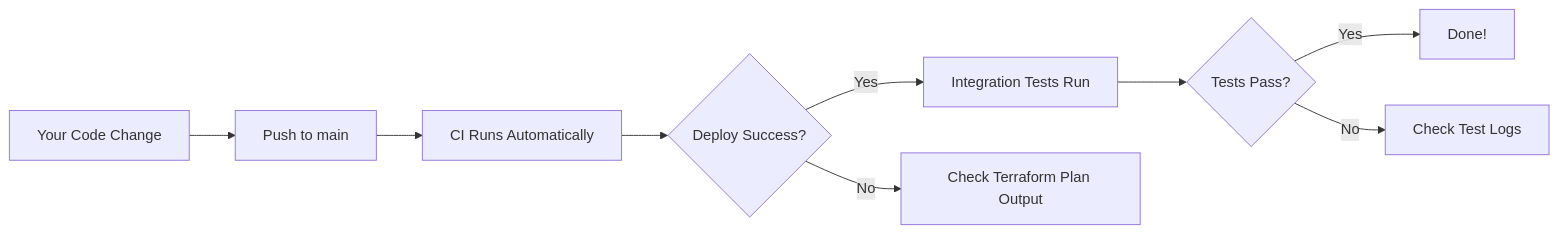
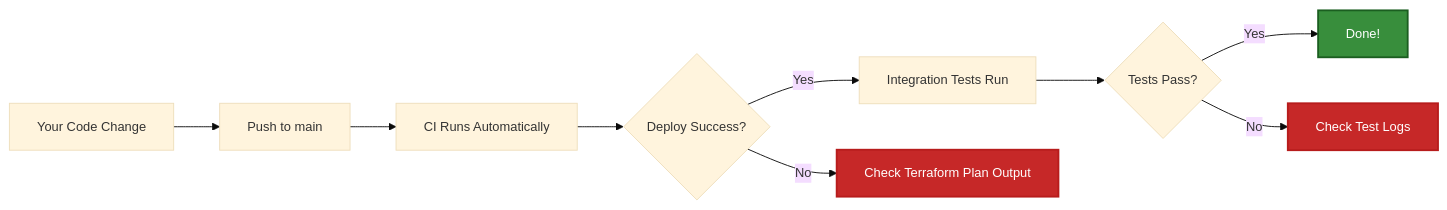
The fourth of 9 diagrams in docs/TERRAFORM_DEPLOYMENT_FLOW.md (traylorre/sentiment-analyzer-gsk), drawn with Mermaid before and after one commit. The commit also changed other lines of this file and 1 other file, not shown here.

First line of the commit message:
docs: Improve mermaid diagram accessibility and color contrast

````diff
--- a/docs/TERRAFORM_DEPLOYMENT_FLOW.md
+++ b/docs/TERRAFORM_DEPLOYMENT_FLOW.md
@@ -133,11 +153,18 @@
 ```mermaid
+%%{init: {'theme':'base', 'themeVariables': {'fontSize':'14px'}}}%%
 flowchart LR
     A[Your Code Change] --> B[Push to main]
     B --> C[CI Runs Automatically]
     C --> D{Deploy Success?}
     D -->|Yes| E[Integration Tests Run]
     D -->|No| F[Check Terraform Plan Output]
     E --> G{Tests Pass?}
     G -->|Yes| H[Done!]
     G -->|No| I[Check Test Logs]
+
+    classDef successNode fill:#388e3c,stroke:#1b5e20,stroke-width:2px,color:#fff
+    classDef errorNode fill:#c62828,stroke:#b71c1c,stroke-width:2px,color:#fff
+
+    class H successNode
+    class F,I errorNode
 ```
````
